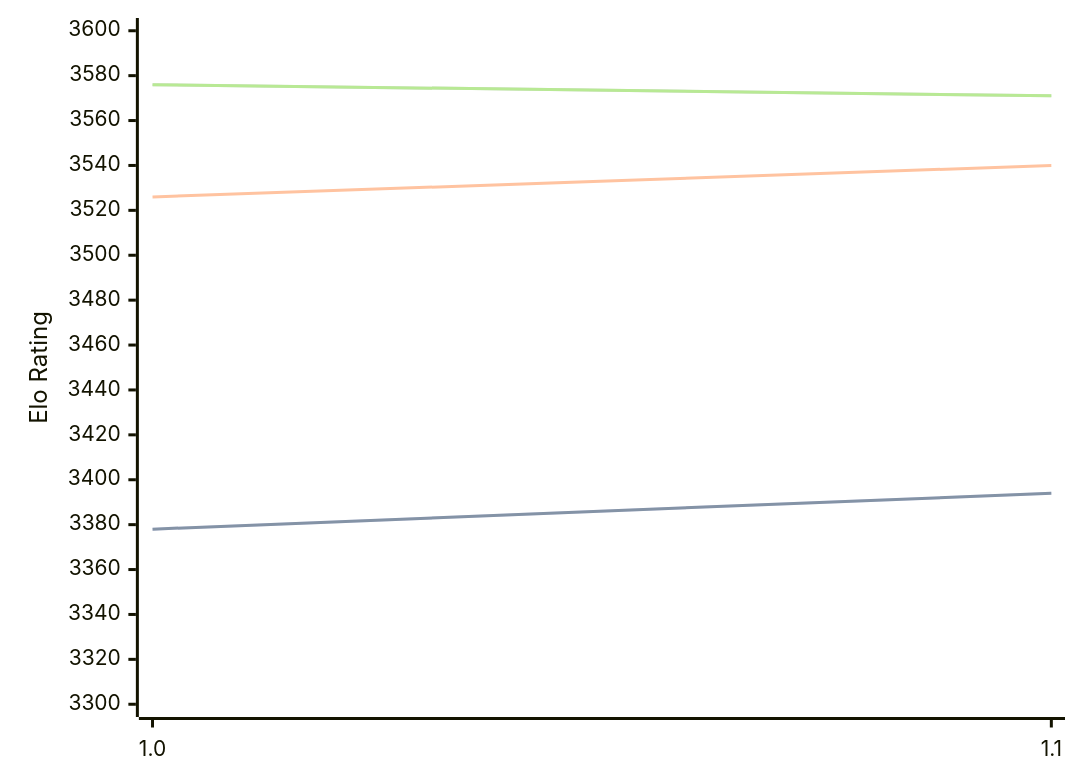
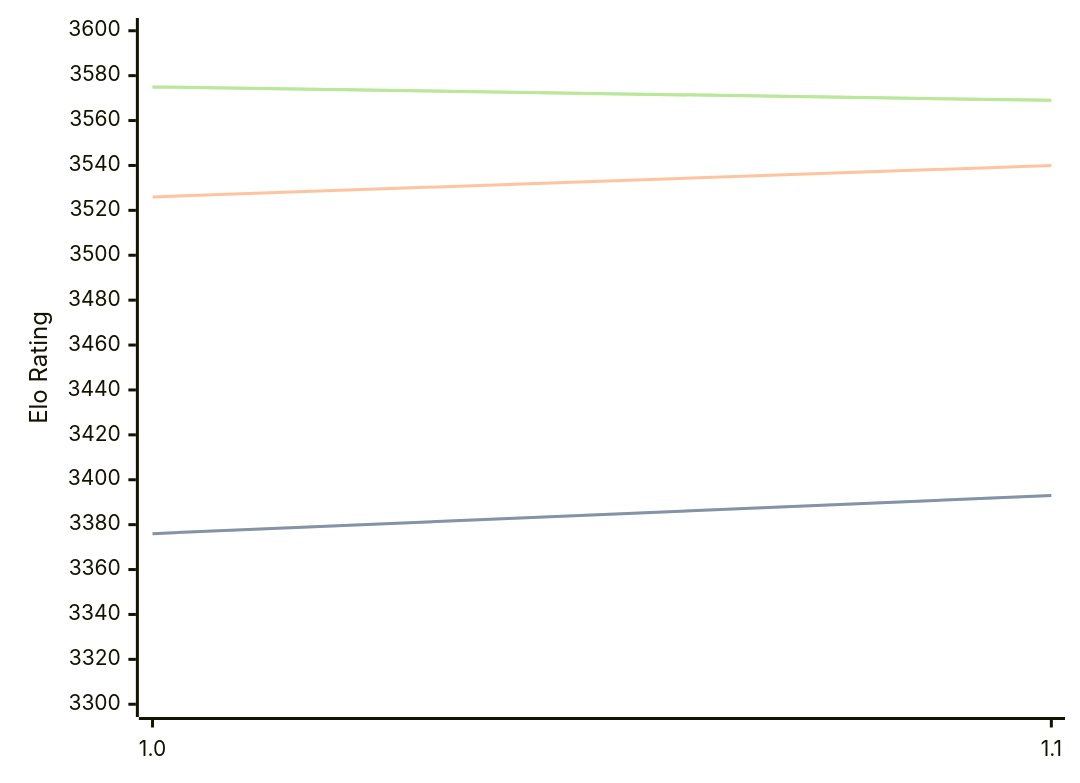
Before and after one commit to computer-chess-index/cci: the diagram in engines/Horsie.md, drawn with Mermaid. The commit also changed other lines of this file, not shown here.

Commit message:
Update CCI Ratings (ELO VLTC) - 2026-03-07

````diff
--- a/engines/Horsie.md
+++ b/engines/Horsie.md
@@ -30,11 +30,11 @@
 ```mermaid
 %%{init: {"theme":"base","themeVariables":{"seriesColors:['#a3a3a3','#222221','#faa371']}}}%%
 xychart-beta
   x-axis ["1.0", "1.1"]
   y-axis "Elo Rating" 3300 --> 3600
-  line "STC (8.0+0.08s)" [3378, 3394]
-  line "STC (8.0+0.08s)" [3378, 3394]
+  line "STC (8.0+0.08s)" [3376, 3393]
+  line "STC (8.0+0.08s)" [3376, 3393]
   line "LTC (60.0+0.60s)" [3526, 3540]
-  line "VLTC (2m24s+1.12s)" [3576, 3571]
-  line "VLTC (2m24s+1.12s)" [3576, 3571]
+  line "VLTC (2m24s+1.12s)" [3575, 3569]
+  line "VLTC (2m24s+1.12s)" [3575, 3569]
 ```
````
